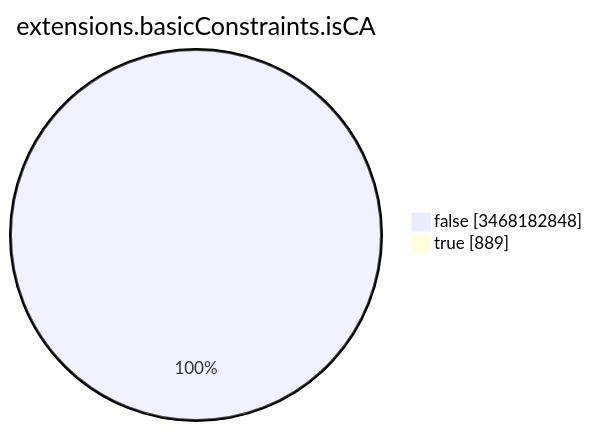
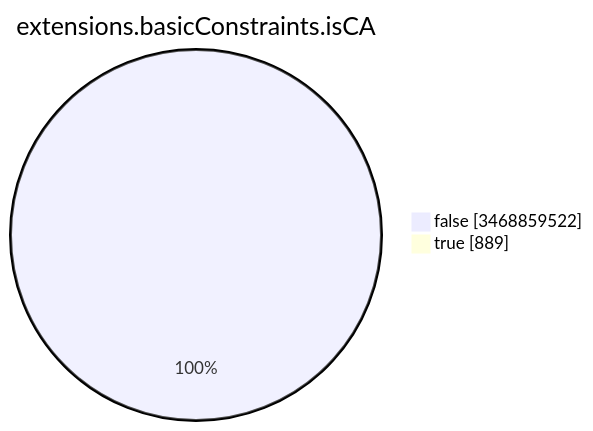
Before and after one commit to christiankrug/ctmonitor_visualization: the seventh of 15 diagrams in TOTAL/README.md, drawn with Mermaid. The commit also changed other lines of this file, not shown here.

````diff
--- a/TOTAL/README.md
+++ b/TOTAL/README.md
@@ -3093,6 +3093,6 @@
 ```mermaid
 pie showData
 title extensions.basicConstraints.isCA
-"false" :3468182848
+"false" :3468859522
 "true" :889
 ```
````
